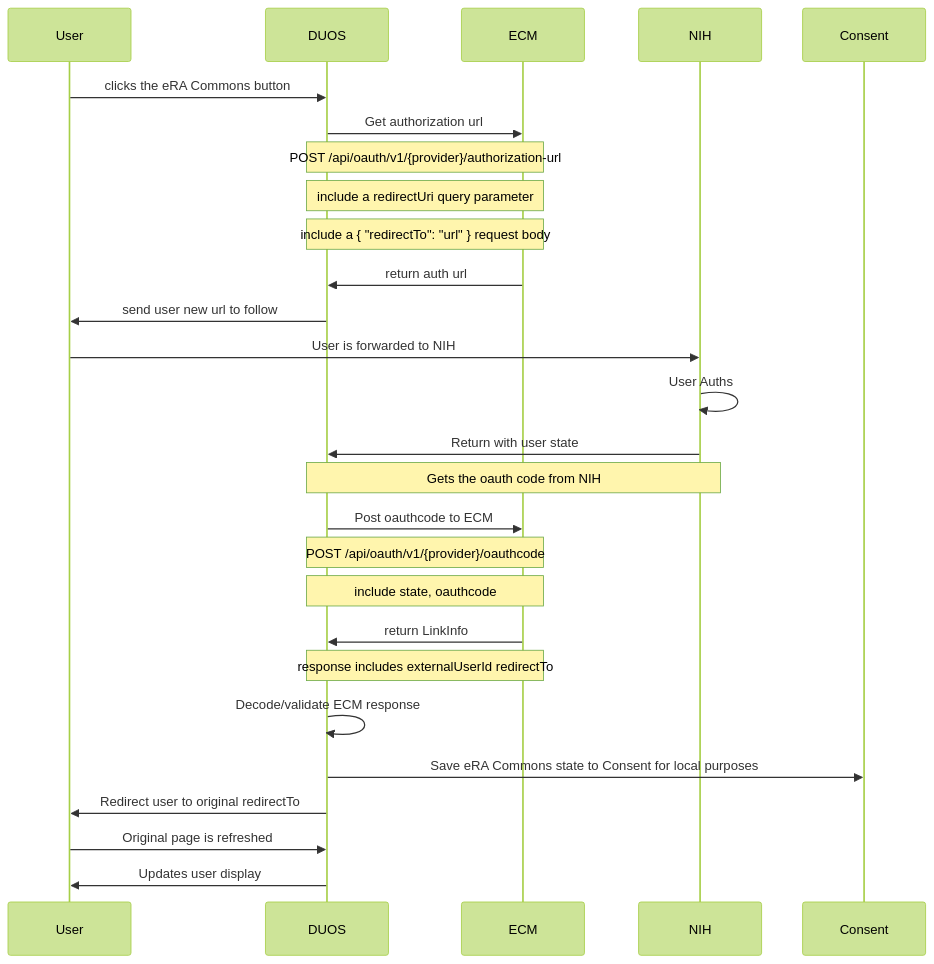
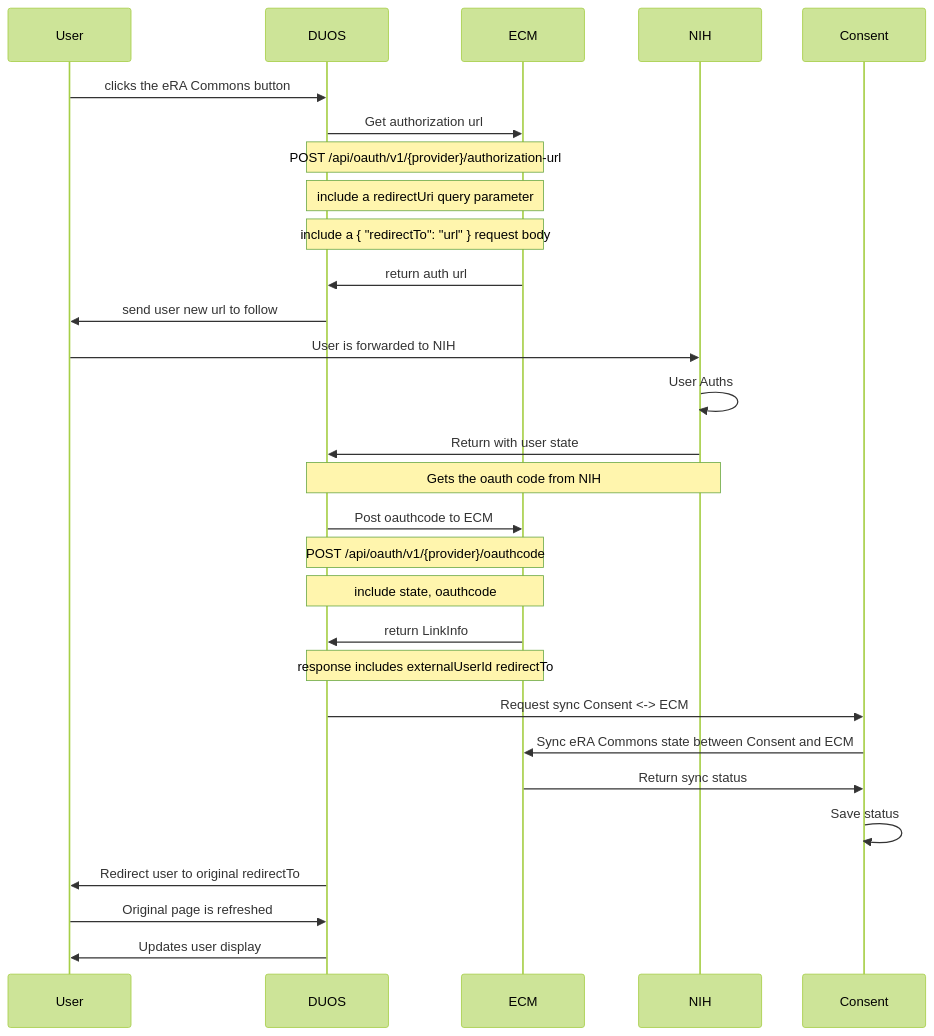
The diagram in docs/eRA_Commons.md (DataBiosphere/duos-ui), drawn with Mermaid before and after one commit.

Commit message:
doc: update auth sync flow

````diff
--- a/docs/eRA_Commons.md
+++ b/docs/eRA_Commons.md
@@ -11,25 +11,27 @@
 ```mermaid
 %%{init: { 'theme': 'forest' } }%%
 sequenceDiagram
     User ->> DUOS: clicks the eRA Commons button
     DUOS ->> ECM: Get authorization url
     Note over DUOS, ECM: POST /api/oauth/v1/{provider}/authorization-url
     Note over DUOS, ECM: include a redirectUri query parameter
     Note over DUOS, ECM: include a { "redirectTo": "url" } request body
     ECM ->> DUOS: return auth url
     DUOS ->> User: send user new url to follow
     User ->> NIH: User is forwarded to NIH
     NIH ->> NIH: User Auths
     NIH ->> DUOS: Return with user state
     Note over DUOS, NIH: Gets the oauth code from NIH
     DUOS ->> ECM: Post oauthcode to ECM
     Note over DUOS, ECM: POST /api/oauth/v1/{provider}/oauthcode
     Note over DUOS, ECM: include state, oauthcode
     ECM ->> DUOS: return LinkInfo
     Note over ECM, DUOS: response includes externalUserId redirectTo
-    DUOS ->> DUOS: Decode/validate ECM response
-    DUOS ->> Consent: Save eRA Commons state to Consent for local purposes
+    DUOS ->> Consent: Request sync Consent <-> ECM
+    Consent ->> ECM: Sync eRA Commons state between Consent and ECM
+    ECM ->> Consent: Return sync status
+    Consent ->> Consent: Save status
     DUOS ->> User: Redirect user to original redirectTo
     User ->> DUOS: Original page is refreshed
     DUOS ->> User: Updates user display
 ```
````
